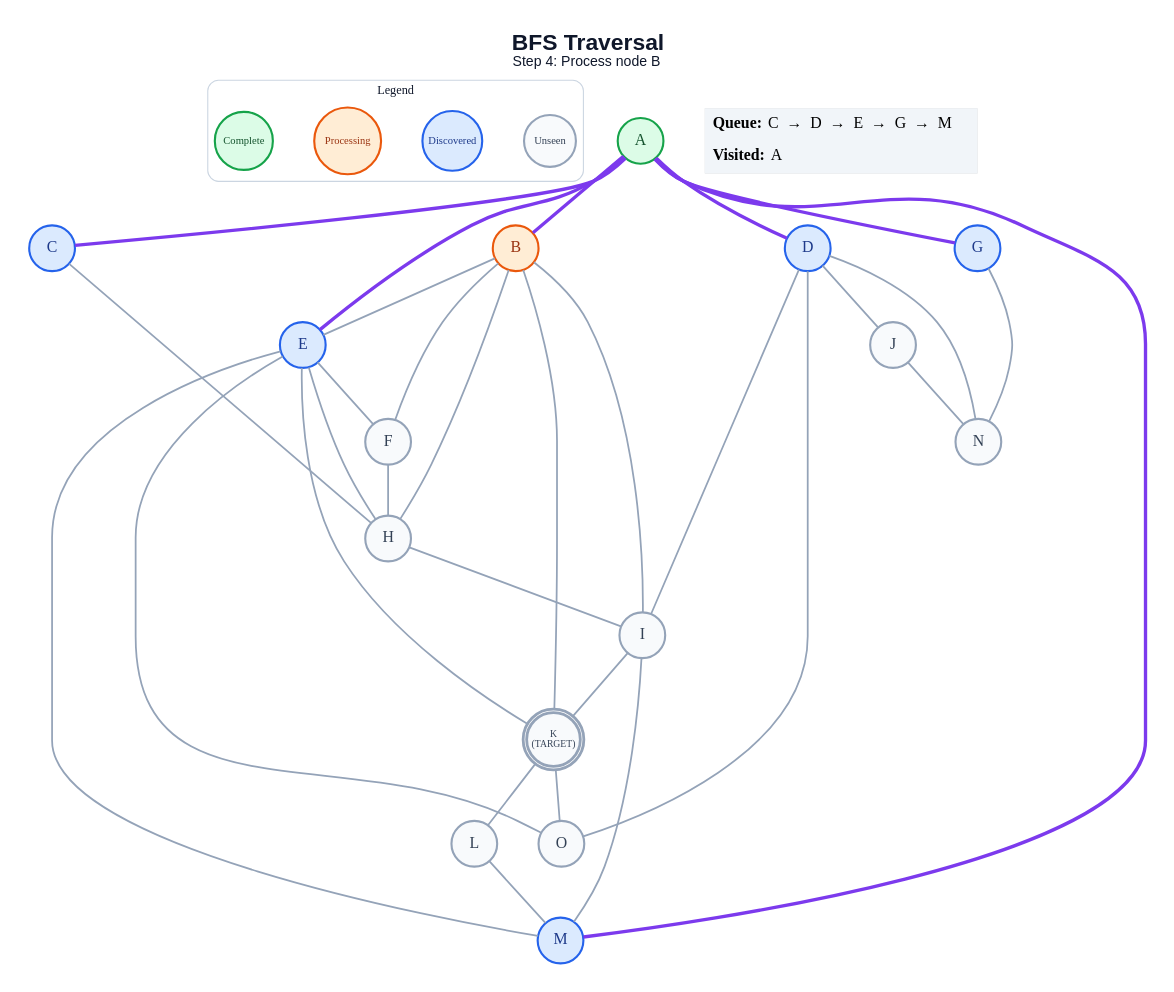
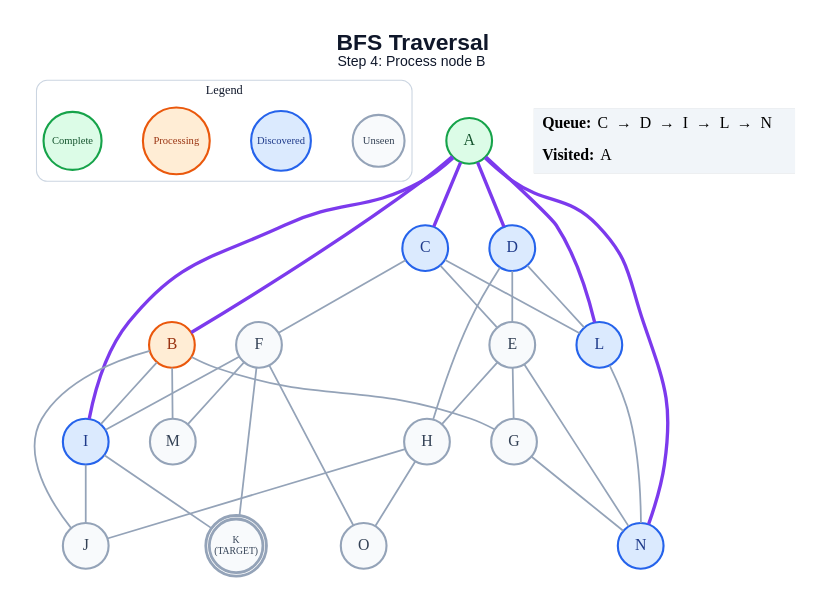
The diagram in generated/bfs/step_04.dot (anon7238593-create/ai-slop), drawn with Graphviz before and after one commit. The commit also changed 252 other files, not shown here.

```diff
--- a/generated/bfs/step_04.dot
+++ b/generated/bfs/step_04.dot
@@ -1,64 +1,63 @@
 graph traversal {
   graph [layout=dot, rankdir=TB, bgcolor="#FFFFFF", pad="0.35", nodesep="0.65", ranksep="0.8", fontname="Arial"];
   node [shape=circle, style="filled", fontname="Arial Bold", fontsize=18, width=0.72, fixedsize=true, penwidth=2.4];
   edge [color="#94A3B8", penwidth=2.0];
   label=<<B>BFS Traversal</B><BR/><FONT POINT-SIZE="16">Step 4: Process node B</FONT>>; labelloc="t"; fontsize=26; fontname="Arial"; fontcolor="#0F172A";
   subgraph cluster_legend { label="Legend"; color="#CBD5E1"; penwidth=1.2; style="rounded"; fontsize=14; fontname="Arial Bold";
     key_unseen [label="Unseen", fillcolor="#F8FAFC", color="#94A3B8", fontcolor="#334155", fontsize=12, width=0.82];
     key_frontier [label="Discovered", fillcolor="#DBEAFE", color="#2563EB", fontcolor="#1E3A8A", fontsize=12, width=0.95];
     key_current [label="Processing", fillcolor="#FFEDD5", color="#EA580C", fontcolor="#9A3412", fontsize=12, width=1.05];
     key_done [label="Complete", fillcolor="#DCFCE7", color="#16A34A", fontcolor="#14532D", fontsize=12, width=0.92];
     { rank=same; key_unseen; key_frontier; key_current; key_done; }
   }
   A [label="A", fillcolor="#DCFCE7", color="#16A34A", fontcolor="#14532D", peripheries=1, penwidth=2.4];
   B [label="B", fillcolor="#FFEDD5", color="#EA580C", fontcolor="#9A3412", peripheries=1, penwidth=2.4];
   C [label="C", fillcolor="#DBEAFE", color="#2563EB", fontcolor="#1E3A8A", peripheries=1, penwidth=2.4];
   D [label="D", fillcolor="#DBEAFE", color="#2563EB", fontcolor="#1E3A8A", peripheries=1, penwidth=2.4];
-  E [label="E", fillcolor="#DBEAFE", color="#2563EB", fontcolor="#1E3A8A", peripheries=1, penwidth=2.4];
+  E [label="E", fillcolor="#F8FAFC", color="#94A3B8", fontcolor="#334155", peripheries=1, penwidth=2.4];
   F [label="F", fillcolor="#F8FAFC", color="#94A3B8", fontcolor="#334155", peripheries=1, penwidth=2.4];
-  G [label="G", fillcolor="#DBEAFE", color="#2563EB", fontcolor="#1E3A8A", peripheries=1, penwidth=2.4];
+  G [label="G", fillcolor="#F8FAFC", color="#94A3B8", fontcolor="#334155", peripheries=1, penwidth=2.4];
   H [label="H", fillcolor="#F8FAFC", color="#94A3B8", fontcolor="#334155", peripheries=1, penwidth=2.4];
-  I [label="I", fillcolor="#F8FAFC", color="#94A3B8", fontcolor="#334155", peripheries=1, penwidth=2.4];
+  I [label="I", fillcolor="#DBEAFE", color="#2563EB", fontcolor="#1E3A8A", peripheries=1, penwidth=2.4];
   J [label="J", fillcolor="#F8FAFC", color="#94A3B8", fontcolor="#334155", peripheries=1, penwidth=2.4];
   K [label="K\n(TARGET)", fillcolor="#F8FAFC", color="#94A3B8", fontcolor="#334155", peripheries=2, penwidth=3.2, fontsize=11, width=0.85, height=0.85];
-  L [label="L", fillcolor="#F8FAFC", color="#94A3B8", fontcolor="#334155", peripheries=1, penwidth=2.4];
-  M [label="M", fillcolor="#DBEAFE", color="#2563EB", fontcolor="#1E3A8A", peripheries=1, penwidth=2.4];
-  N [label="N", fillcolor="#F8FAFC", color="#94A3B8", fontcolor="#334155", peripheries=1, penwidth=2.4];
+  L [label="L", fillcolor="#DBEAFE", color="#2563EB", fontcolor="#1E3A8A", peripheries=1, penwidth=2.4];
+  M [label="M", fillcolor="#F8FAFC", color="#94A3B8", fontcolor="#334155", peripheries=1, penwidth=2.4];
+  N [label="N", fillcolor="#DBEAFE", color="#2563EB", fontcolor="#1E3A8A", peripheries=1, penwidth=2.4];
   O [label="O", fillcolor="#F8FAFC", color="#94A3B8", fontcolor="#334155", peripheries=1, penwidth=2.4];
   A -- B [color="#7C3AED", penwidth=3.8];
   A -- C [color="#7C3AED", penwidth=3.8];
   A -- D [color="#7C3AED", penwidth=3.8];
-  A -- E [color="#7C3AED", penwidth=3.8];
-  A -- G [color="#7C3AED", penwidth=3.8];
-  A -- M [color="#7C3AED", penwidth=3.8];
-  B -- E;
-  B -- F;
-  B -- H;
+  A -- I [color="#7C3AED", penwidth=3.8];
+  A -- L [color="#7C3AED", penwidth=3.8];
+  A -- N [color="#7C3AED", penwidth=3.8];
+  B -- G;
   B -- I;
-  B -- K;
-  C -- H;
-  D -- I;
-  D -- J;
-  D -- N;
-  D -- O;
-  E -- F;
+  B -- J;
+  B -- M;
+  C -- E;
+  C -- F;
+  C -- L;
+  D -- E;
+  D -- H;
+  D -- L;
+  E -- G;
   E -- H;
-  E -- K;
-  E -- M;
-  E -- O;
-  F -- H;
+  E -- N;
+  F -- I;
+  F -- K;
+  F -- M;
+  F -- O;
   G -- N;
-  H -- I;
+  H -- J;
+  H -- O;
+  I -- J;
   I -- K;
-  I -- M;
-  J -- N;
-  K -- L;
-  K -- O;
-  L -- M;
+  L -- N;
   status [shape=plain, fixedsize=false, width=0, height=0, margin=0, label=<
     <TABLE BORDER="0" CELLBORDER="0" CELLPADDING="7" BGCOLOR="#F1F5F9">
-      <TR><TD ALIGN="LEFT"><B>Queue:</B> C  →  D  →  E  →  G  →  M</TD></TR>
+      <TR><TD ALIGN="LEFT"><B>Queue:</B> C  →  D  →  I  →  L  →  N</TD></TR>
       <TR><TD ALIGN="LEFT"><B>Visited:</B> A</TD></TR>
     </TABLE>
   >];
 }
```
